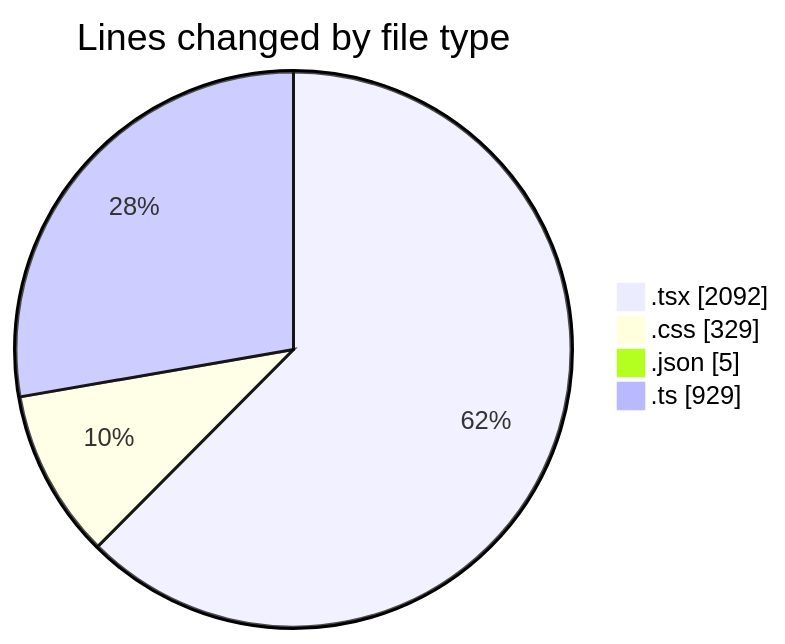
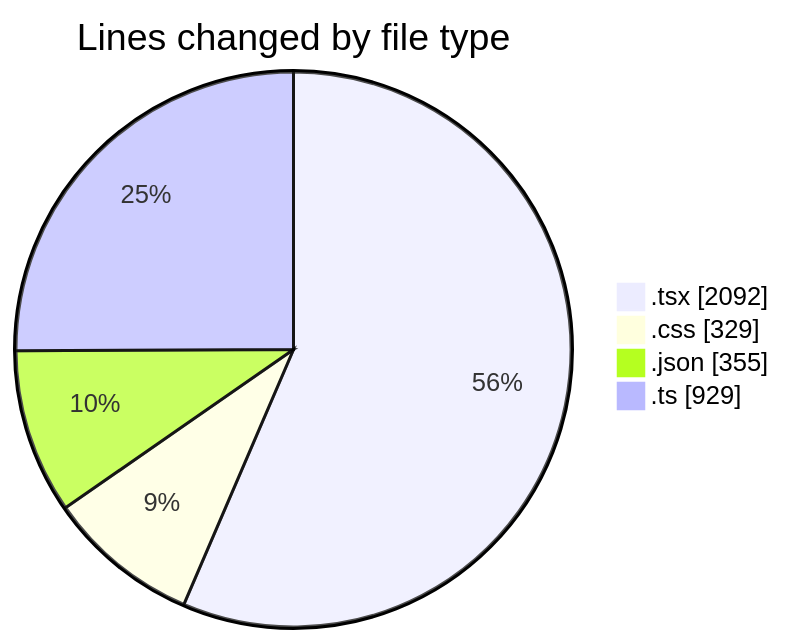
One commit to julien-gomy/code-tracking changed the first of 2 diagrams in 2025-10-10/eventscop-frontend-guide__workspace_/README.md. Above: the diagram before and after it, drawn with Mermaid. The commit also changed other lines of this file and 1 other file, not shown here.

````diff
--- a/2025-10-10/eventscop-frontend-guide__workspace_/README.md
+++ b/2025-10-10/eventscop-frontend-guide__workspace_/README.md
@@ -33,8 +35,8 @@
 ```mermaid
 pie showData
 title Lines changed by file type
 ".tsx" : 2092
 ".css" : 329
-".json" : 5
+".json" : 355
 ".ts" : 929
 ```
````
